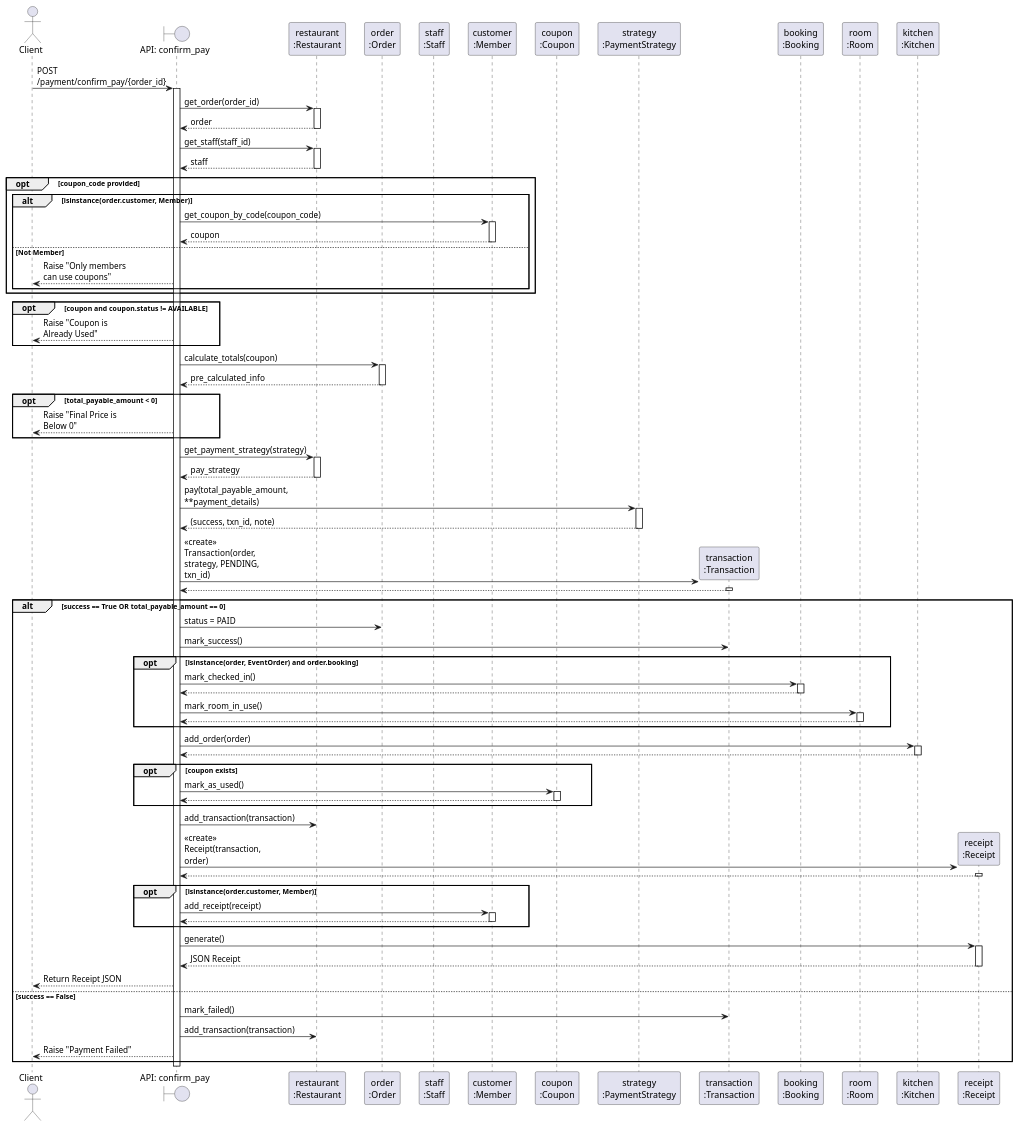
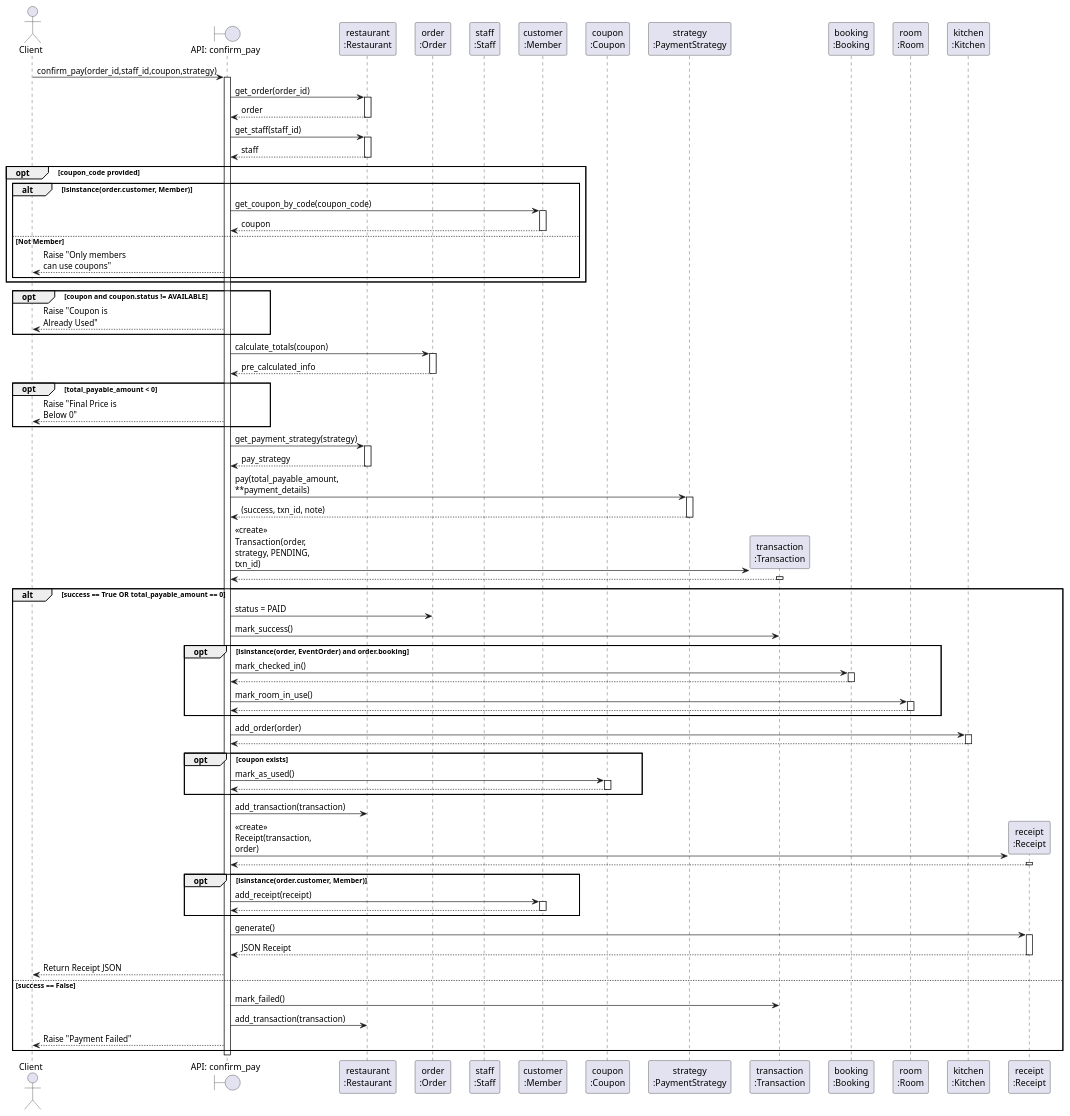
Before and after one commit to Telnwza/OOP: the diagram in project_dev/sequence_pay.puml, drawn with PlantUML. The commit also changed 3 other files, not shown here.

```diff
--- a/project_dev/sequence_pay.puml
+++ b/project_dev/sequence_pay.puml
@@ -1,128 +1,128 @@
 @startuml ConfirmPaySequence
 skinparam maxMessageSize 150
 skinparam ParticipantPadding 10
 skinparam BoxPadding 10
 
 actor Client
 boundary "API: confirm_pay" as API
 participant "restaurant\n:Restaurant" as Rest
 participant "order\n:Order" as Order
 participant "staff\n:Staff" as Staff
 participant "customer\n:Member" as Member
 participant "coupon\n:Coupon" as Coupon
 participant "strategy\n:PaymentStrategy" as Strategy
 participant "transaction\n:Transaction" as Txn
 participant "booking\n:Booking" as Booking
 participant "room\n:Room" as Room
 participant "kitchen\n:Kitchen" as Kitchen
 participant "receipt\n:Receipt" as Receipt
 
-Client -> API : POST /payment/confirm_pay/{order_id}
+Client -> API : confirm_pay(order_id,staff_id,coupon,strategy)
 activate API
 
 API -> Rest : get_order(order_id)
 activate Rest
 Rest --> API : order
 deactivate Rest
 
 API -> Rest : get_staff(staff_id)
 activate Rest
 Rest --> API : staff
 deactivate Rest
 
 opt coupon_code provided
     alt isinstance(order.customer, Member)
         API -> Member : get_coupon_by_code(coupon_code)
         activate Member
         Member --> API : coupon
         deactivate Member
     else Not Member
         API --> Client : Raise "Only members can use coupons"
     end
 end
 
 opt coupon and coupon.status != AVAILABLE
     API --> Client : Raise "Coupon is Already Used"
 end
 
 API -> Order : calculate_totals(coupon)
 activate Order
 Order --> API : pre_calculated_info
 deactivate Order
 
 opt total_payable_amount < 0
     API --> Client : Raise "Final Price is Below 0"
 end
 
 API -> Rest : get_payment_strategy(strategy)
 activate Rest
 Rest --> API : pay_strategy
 deactivate Rest
 
 API -> Strategy : pay(total_payable_amount, **payment_details)
 activate Strategy
 Strategy --> API : (success, txn_id, note)
 deactivate Strategy
 
 API -> Txn ** : <<create>> Transaction(order, strategy, PENDING, txn_id)
 activate Txn
 Txn --> API
 deactivate Txn
 
 alt success == True OR total_payable_amount == 0
     API -> Order : status = PAID
     API -> Txn : mark_success()
     
     opt isinstance(order, EventOrder) and order.booking
         API -> Booking : mark_checked_in()
         activate Booking
         Booking --> API
         deactivate Booking
         
         API -> Room : mark_room_in_use()
         activate Room
         Room --> API
         deactivate Room
     end
 
     API -> Kitchen : add_order(order)
     activate Kitchen
     Kitchen --> API
     deactivate Kitchen
 
     opt coupon exists
         API -> Coupon : mark_as_used()
         activate Coupon
         Coupon --> API
         deactivate Coupon
     end
 
     API -> Rest : add_transaction(transaction)
     
     API -> Receipt ** : <<create>> Receipt(transaction, order)
     activate Receipt
     Receipt --> API
     deactivate Receipt
     
     opt isinstance(order.customer, Member)
         API -> Member : add_receipt(receipt)
         activate Member
         Member --> API
         deactivate Member
     end
     
     API -> Receipt : generate()
     activate Receipt
     Receipt --> API : JSON Receipt
     deactivate Receipt
     
     API --> Client : Return Receipt JSON
 
 else success == False
     API -> Txn : mark_failed()
     API -> Rest : add_transaction(transaction)
     API --> Client : Raise "Payment Failed"
 end
 
 deactivate API
 @enduml
```
